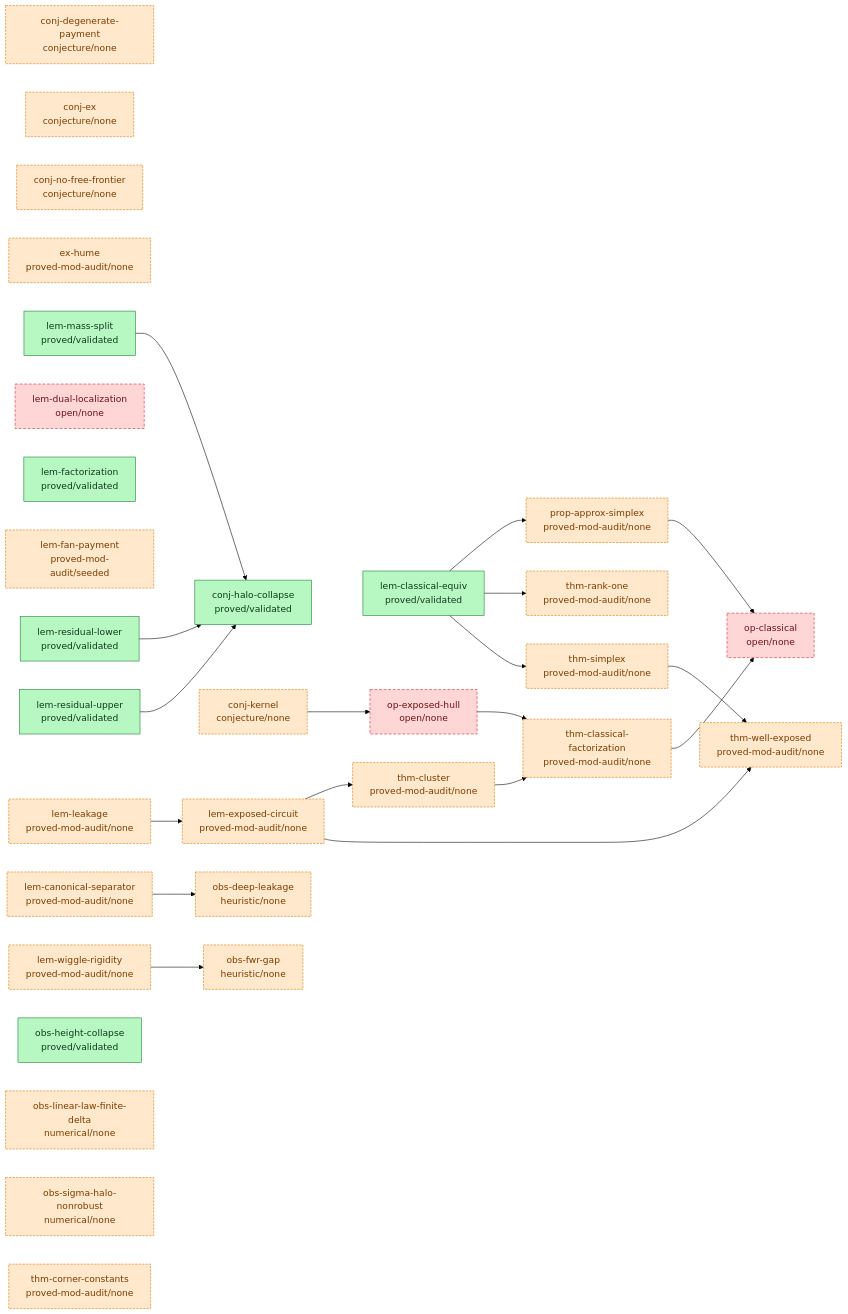
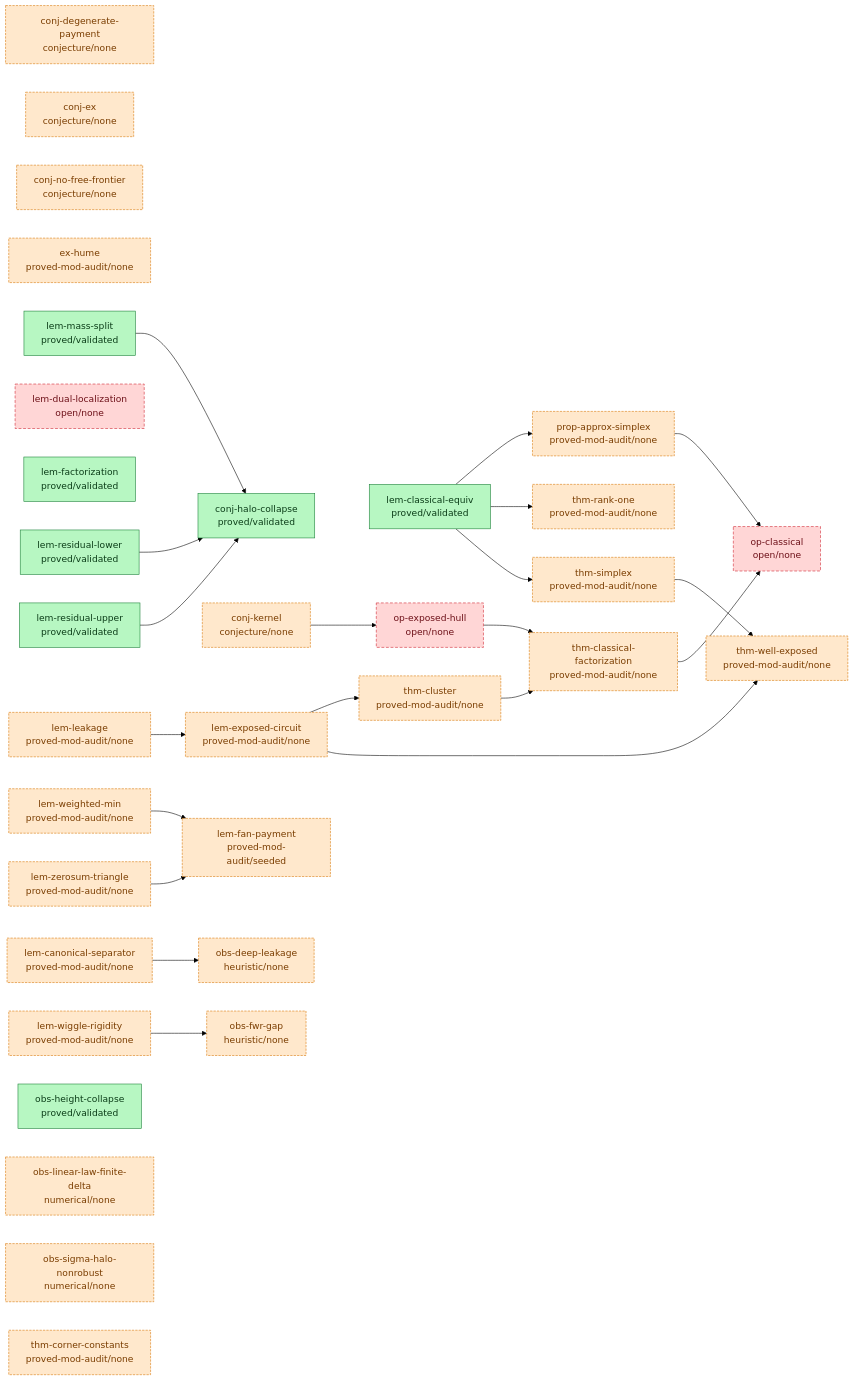
The diagram in argument/DAG.md (tobiasosborne/almost-idempotent-stochastic-maps), drawn with Mermaid (forest theme) before and after one commit. The commit also changed other lines of this file and 6 other files, not shown here.

First line of the commit message:
Factor lem-fan-payment: register lem-zerosum-triangle + lem-weighted-min (double-balloon response)

````diff
--- a/argument/DAG.md
+++ b/argument/DAG.md
@@ -6,61 +6,65 @@
 ```mermaid
 graph LR
   classDef validated fill:#b7f7c2,stroke:#1a7f37,color:#0b3d18;
   classDef proved fill:#cfe3ff,stroke:#0969da,color:#0a3069;
   classDef seeded fill:#fff3c4,stroke:#bf8700,color:#5a4500;
   classDef stated fill:#eaecef,stroke:#8b949e,color:#24292f;
   classDef cited fill:#e7d6ff,stroke:#8250df,color:#3b1a73;
   classDef nonrigorous fill:#ffe8cc,stroke:#d97706,color:#7a3d00,stroke-dasharray:4 2;
   classDef open fill:#ffd6d6,stroke:#cf222e,color:#6e1119,stroke-dasharray:5 3;
   conj-degenerate-payment["conj-degenerate-payment<br/>conjecture/none"]
   conj-ex["conj-ex<br/>conjecture/none"]
   conj-halo-collapse["conj-halo-collapse<br/>proved/validated"]
   conj-kernel["conj-kernel<br/>conjecture/none"]
   conj-no-free-frontier["conj-no-free-frontier<br/>conjecture/none"]
   ex-hume["ex-hume<br/>proved-mod-audit/none"]
   lem-canonical-separator["lem-canonical-separator<br/>proved-mod-audit/none"]
   lem-classical-equiv["lem-classical-equiv<br/>proved/validated"]
   lem-dual-localization["lem-dual-localization<br/>open/none"]
   lem-exposed-circuit["lem-exposed-circuit<br/>proved-mod-audit/none"]
   lem-factorization["lem-factorization<br/>proved/validated"]
   lem-fan-payment["lem-fan-payment<br/>proved-mod-audit/seeded"]
   lem-leakage["lem-leakage<br/>proved-mod-audit/none"]
   lem-mass-split["lem-mass-split<br/>proved/validated"]
   lem-residual-lower["lem-residual-lower<br/>proved/validated"]
   lem-residual-upper["lem-residual-upper<br/>proved/validated"]
+  lem-weighted-min["lem-weighted-min<br/>proved-mod-audit/none"]
   lem-wiggle-rigidity["lem-wiggle-rigidity<br/>proved-mod-audit/none"]
+  lem-zerosum-triangle["lem-zerosum-triangle<br/>proved-mod-audit/none"]
   obs-deep-leakage["obs-deep-leakage<br/>heuristic/none"]
   obs-fwr-gap["obs-fwr-gap<br/>heuristic/none"]
   obs-height-collapse["obs-height-collapse<br/>proved/validated"]
   obs-linear-law-finite-delta["obs-linear-law-finite-delta<br/>numerical/none"]
   obs-sigma-halo-nonrobust["obs-sigma-halo-nonrobust<br/>numerical/none"]
   op-classical["op-classical<br/>open/none"]
   op-exposed-hull["op-exposed-hull<br/>open/none"]
   prop-approx-simplex["prop-approx-simplex<br/>proved-mod-audit/none"]
   thm-classical-factorization["thm-classical-factorization<br/>proved-mod-audit/none"]
   thm-cluster["thm-cluster<br/>proved-mod-audit/none"]
   thm-corner-constants["thm-corner-constants<br/>proved-mod-audit/none"]
   thm-rank-one["thm-rank-one<br/>proved-mod-audit/none"]
   thm-simplex["thm-simplex<br/>proved-mod-audit/none"]
   thm-well-exposed["thm-well-exposed<br/>proved-mod-audit/none"]
   conj-kernel --> op-exposed-hull
   lem-canonical-separator --> obs-deep-leakage
   lem-classical-equiv --> prop-approx-simplex
   lem-classical-equiv --> thm-rank-one
   lem-classical-equiv --> thm-simplex
   lem-exposed-circuit --> thm-cluster
   lem-exposed-circuit --> thm-well-exposed
   lem-leakage --> lem-exposed-circuit
   lem-mass-split --> conj-halo-collapse
   lem-residual-lower --> conj-halo-collapse
   lem-residual-upper --> conj-halo-collapse
+  lem-weighted-min --> lem-fan-payment
   lem-wiggle-rigidity --> obs-fwr-gap
+  lem-zerosum-triangle --> lem-fan-payment
   op-exposed-hull --> thm-classical-factorization
   prop-approx-simplex --> op-classical
   thm-classical-factorization --> op-classical
   thm-cluster --> thm-classical-factorization
   thm-simplex --> thm-well-exposed
   class conj-halo-collapse,lem-classical-equiv,lem-factorization,lem-mass-split,lem-residual-lower,lem-residual-upper,obs-height-collapse validated;
-  class conj-degenerate-payment,conj-ex,conj-kernel,conj-no-free-frontier,ex-hume,lem-canonical-separator,lem-exposed-circuit,lem-fan-payment,lem-leakage,lem-wiggle-rigidity,obs-deep-leakage,obs-fwr-gap,obs-linear-law-finite-delta,obs-sigma-halo-nonrobust,prop-approx-simplex,thm-classical-factorization,thm-cluster,thm-corner-constants,thm-rank-one,thm-simplex,thm-well-exposed nonrigorous;
+  class conj-degenerate-payment,conj-ex,conj-kernel,conj-no-free-frontier,ex-hume,lem-canonical-separator,lem-exposed-circuit,lem-fan-payment,lem-leakage,lem-weighted-min,lem-wiggle-rigidity,lem-zerosum-triangle,obs-deep-leakage,obs-fwr-gap,obs-linear-law-finite-delta,obs-sigma-halo-nonrobust,prop-approx-simplex,thm-classical-factorization,thm-cluster,thm-corner-constants,thm-rank-one,thm-simplex,thm-well-exposed nonrigorous;
   class lem-dual-localization,op-classical,op-exposed-hull open;
 ```
````
